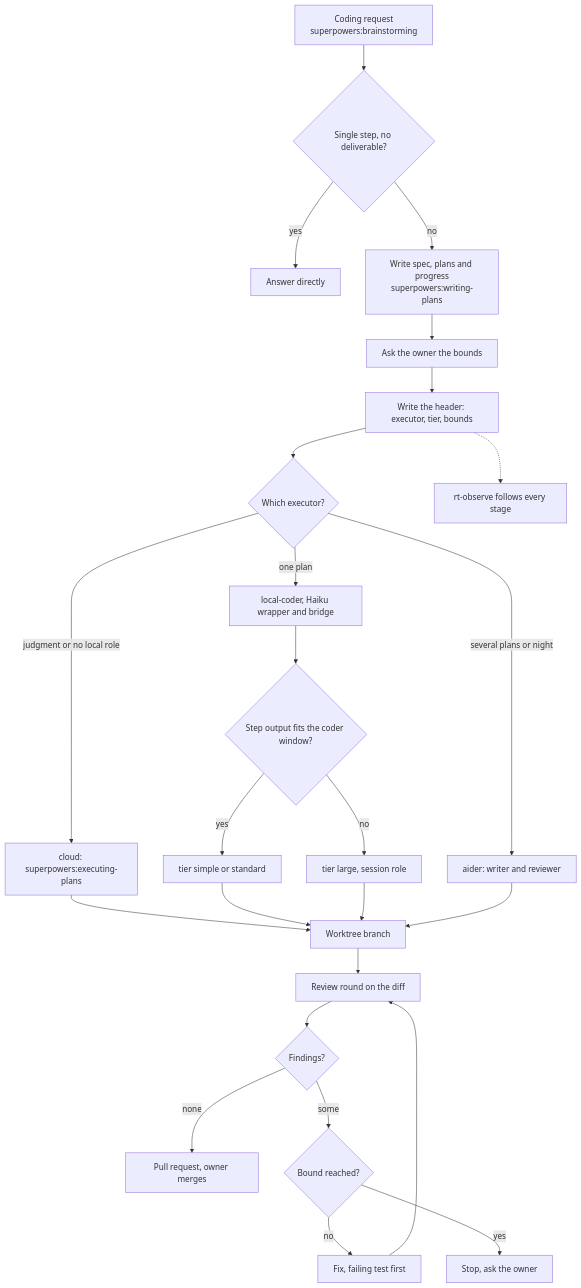
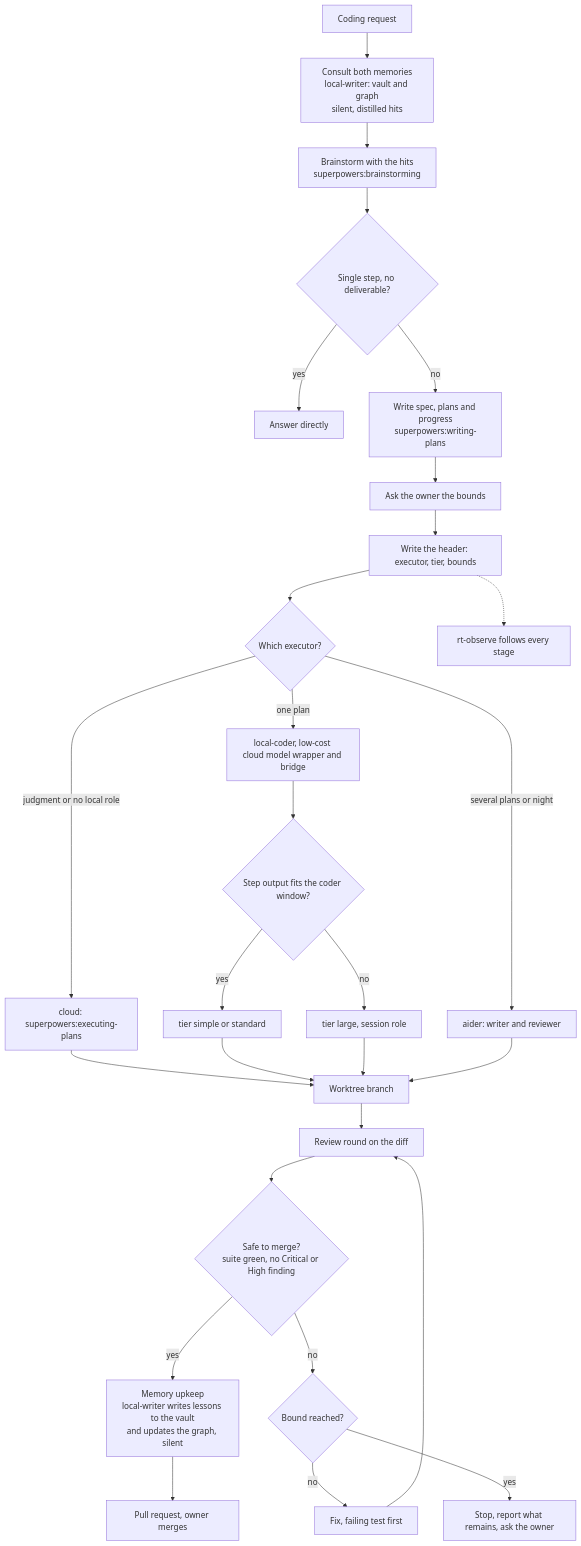
One commit to LARi-UQAC/ResearchTools changed the diagram in manual/diagrams/local-coding-flow.mmd. Above: the diagram before and after it, drawn with Mermaid. The commit also changed 20 other files, not shown here.

```diff
--- a/manual/diagrams/local-coding-flow.mmd
+++ b/manual/diagrams/local-coding-flow.mmd
@@ -1,24 +1,27 @@
 flowchart TD
-    A["Coding request<br/>superpowers:brainstorming"] --> B{Single step, no deliverable?}
+    A0["Coding request"] --> X["Consult both memories<br/>local-writer: vault and graph<br/>silent, distilled hits"]
+    X --> A["Brainstorm with the hits<br/>superpowers:brainstorming"]
+    A --> B{Single step, no deliverable?}
     B -- yes --> C[Answer directly]
     B -- no --> D["Write spec, plans and progress<br/>superpowers:writing-plans"]
     D --> E[Ask the owner the bounds]
     E --> F[Write the header: executor, tier, bounds]
     F --> G{Which executor?}
     G -- judgment or no local role --> H["cloud: superpowers:executing-plans"]
-    G -- one plan --> J[local-coder, Haiku wrapper and bridge]
+    G -- one plan --> J[local-coder, low-cost cloud model wrapper and bridge]
     J --> K{Step output fits the coder window?}
     K -- yes --> L[tier simple or standard]
     K -- no --> M[tier large, session role]
     G -- several plans or night --> N[aider: writer and reviewer]
     H --> O[Worktree branch]
     L --> O
     M --> O
     N --> O
     O --> P[Review round on the diff]
-    P --> Q{Findings?}
-    Q -- none --> R[Pull request, owner merges]
-    Q -- some --> S{Bound reached?}
+    P --> Q{"Safe to merge?<br/>suite green, no Critical or High finding"}
+    Q -- yes --> Y["Memory upkeep<br/>local-writer writes lessons to the vault<br/>and updates the graph, silent"]
+    Y --> R[Pull request, owner merges]
+    Q -- no --> S{Bound reached?}
     S -- no --> T[Fix, failing test first] --> P
-    S -- yes --> U[Stop, ask the owner]
+    S -- yes --> U[Stop, report what remains, ask the owner]
     F -.-> V[rt-observe follows every stage]
```
